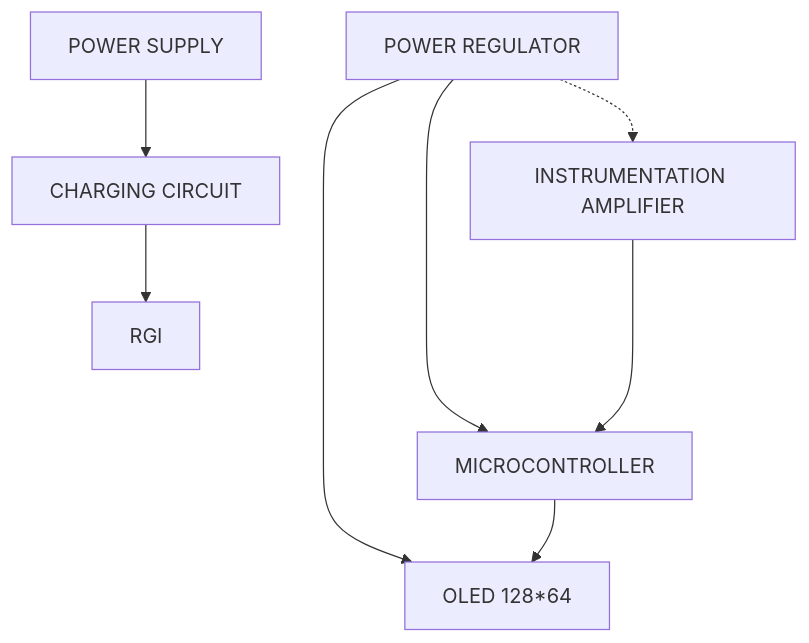
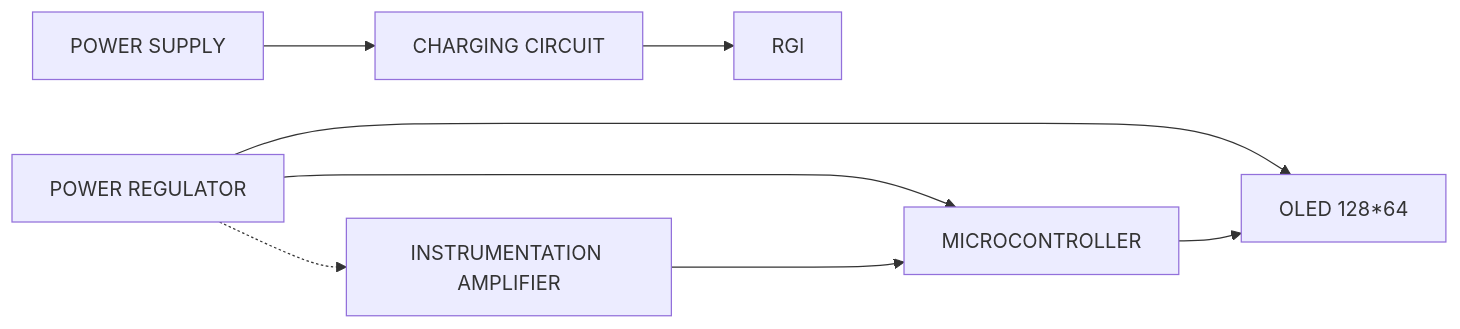
Before and after one commit to arun-jyothish/PORTABLE-ECG: the second of 4 diagrams in README.md, drawn with Mermaid. The commit also changed 48 other files, not shown here.

```diff
--- a/README.md
+++ b/README.md
@@ -19,12 +19,12 @@
 ~~~mermaid
 
-graph TD
+graph LR 
  
     PWR[POWER SUPPLY]-->CHR[CHARGING CIRCUIT]
     RGL[POWER REGULATOR]-->OLED[OLED 128*64]
     CHR--> RGl
     RGL-->UC 
     UC[MICROCONTROLLER]-->OLED
     RGL-.->INS
     INS[INSTRUMENTATION AMPLIFIER] ---> UC
 ~~~
```
